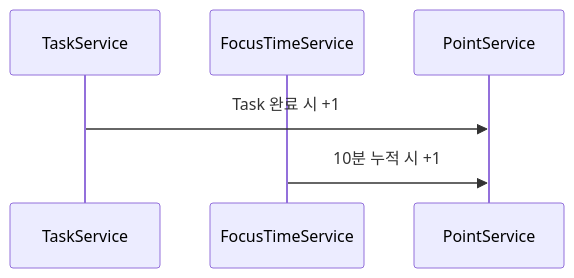
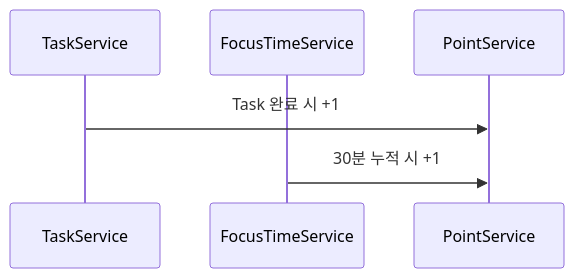
Before and after one commit to boostcampwm2025/web19-estrogenquattro: the second of 4 diagrams in docs/features/POINT_SYSTEM.md, drawn with Mermaid. The commit also changed other lines of this file and 21 other files, not shown here.

First line of the commit message:
refactor: GitHub 폴링 시스템 GraphQL → REST API 전환 (#255)

````diff
--- a/docs/features/POINT_SYSTEM.md
+++ b/docs/features/POINT_SYSTEM.md
@@ -201,9 +214,9 @@
 ```mermaid
 sequenceDiagram
     participant Task as TaskService
     participant Focus as FocusTimeService
     participant PS as PointService
 
     Task->>PS: Task 완료 시 +1
-    Focus->>PS: 10분 누적 시 +1
+    Focus->>PS: 30분 누적 시 +1
 ```
````
